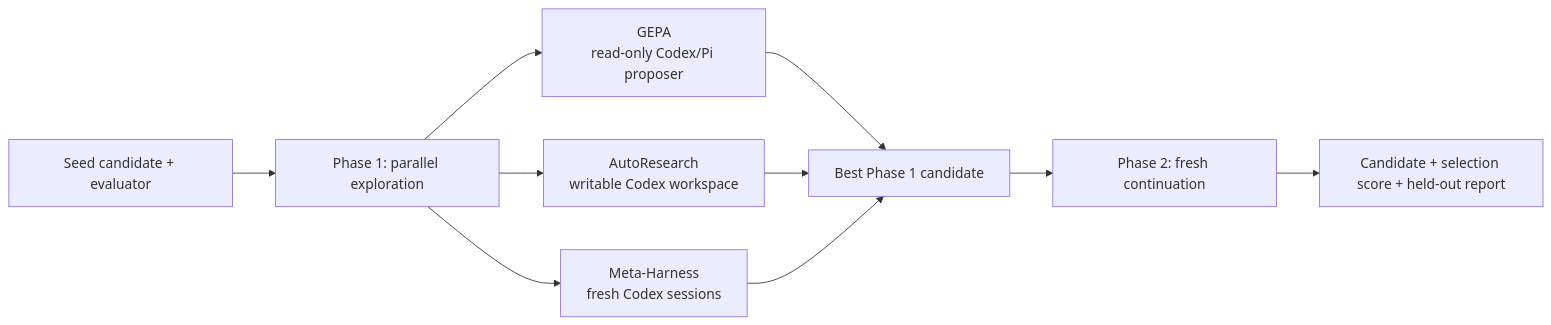
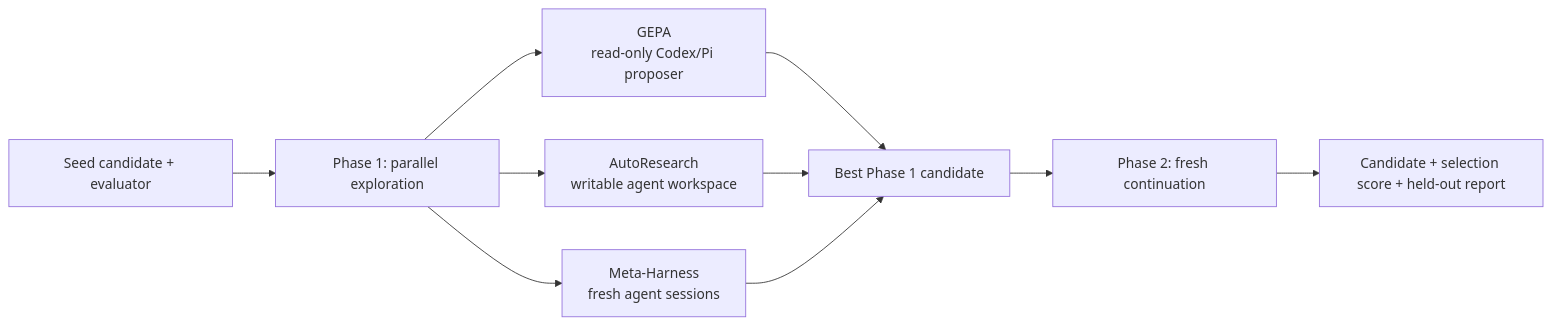
The diagram in README.md (Qredence/gepa-omni), drawn with Mermaid before and after one commit. The commit also changed other lines of this file, not shown here.

````diff
--- a/README.md
+++ b/README.md
@@ -45,12 +61,12 @@
 ```mermaid
 flowchart LR
     seed["Seed candidate + evaluator"] --> explore["Phase 1: parallel exploration"]
     explore --> gepa["GEPA\nread-only Codex/Pi proposer"]
-    explore --> auto["AutoResearch\nwritable Codex workspace"]
-    explore --> meta["Meta-Harness\nfresh Codex sessions"]
+    explore --> auto["AutoResearch\nwritable agent workspace"]
+    explore --> meta["Meta-Harness\nfresh agent sessions"]
     gepa --> winner["Best Phase 1 candidate"]
     auto --> winner
     meta --> winner
     winner --> continuation["Phase 2: fresh continuation"]
     continuation --> result["Candidate + selection score + held-out report"]
 ```
````
